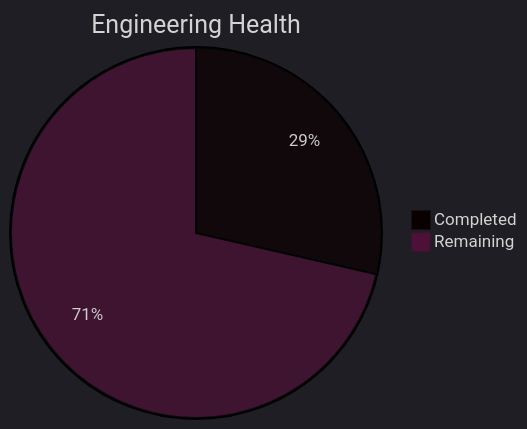
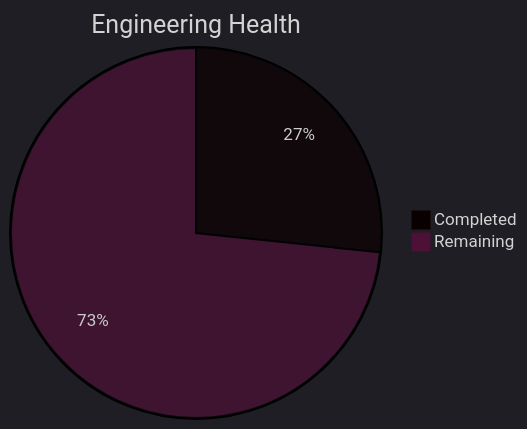
The third of 5 diagrams in tools/SK8Lytz_Bucket_List.md (Neogleamz/SK8Lytz), drawn with Mermaid before and after one commit. The commit also changed other lines of this file and 3 other files, not shown here.

````diff
--- a/tools/SK8Lytz_Bucket_List.md
+++ b/tools/SK8Lytz_Bucket_List.md
@@ -39,6 +39,6 @@
 ```mermaid
 %%{init: {'theme': 'dark'}}%%
 pie title Engineering Health
   "Completed" : 4
-  "Remaining" : 10
+  "Remaining" : 11
 ```
````
